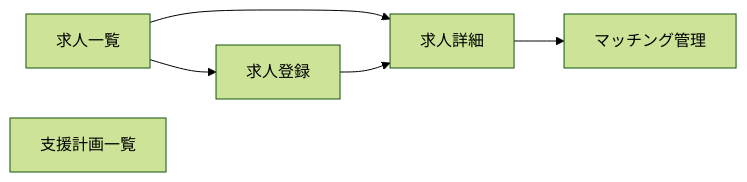
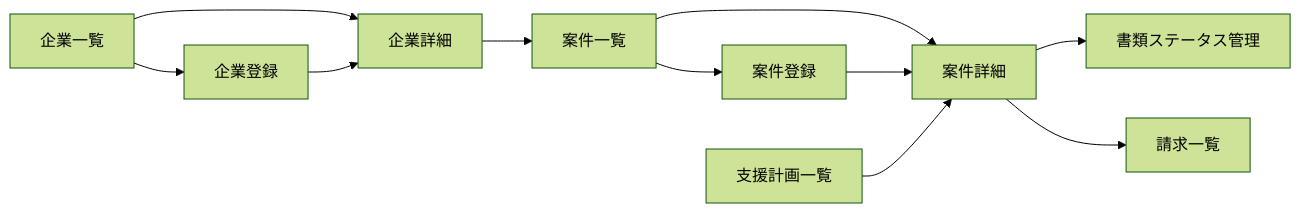
One commit to kincapy/joshinan-docs changed the diagram in docs/02-system-specification/15-specified-skilled-worker/02-uiux.md. Above: the diagram before and after it, drawn with Mermaid (forest theme). The commit also changed other lines of this file and 7 other files, not shown here.

````diff
--- a/docs/02-system-specification/15-specified-skilled-worker/02-uiux.md
+++ b/docs/02-system-specification/15-specified-skilled-worker/02-uiux.md
@@ -21,8 +24,13 @@
 ```mermaid
 graph LR
-    A[求人一覧] --> B[求人詳細]
-    A --> C[求人登録]
+    A[案件一覧] --> B[案件詳細]
+    A --> C[案件登録]
     C --> B
-    B --> D[マッチング管理]
-    E[支援計画一覧]
+    B --> D[書類ステータス管理]
+    B --> E[請求一覧]
+    F[企業一覧] --> G[企業詳細]
+    F --> H[企業登録]
+    H --> G
+    G --> A
+    I[支援計画一覧] --> B
 ```
````
